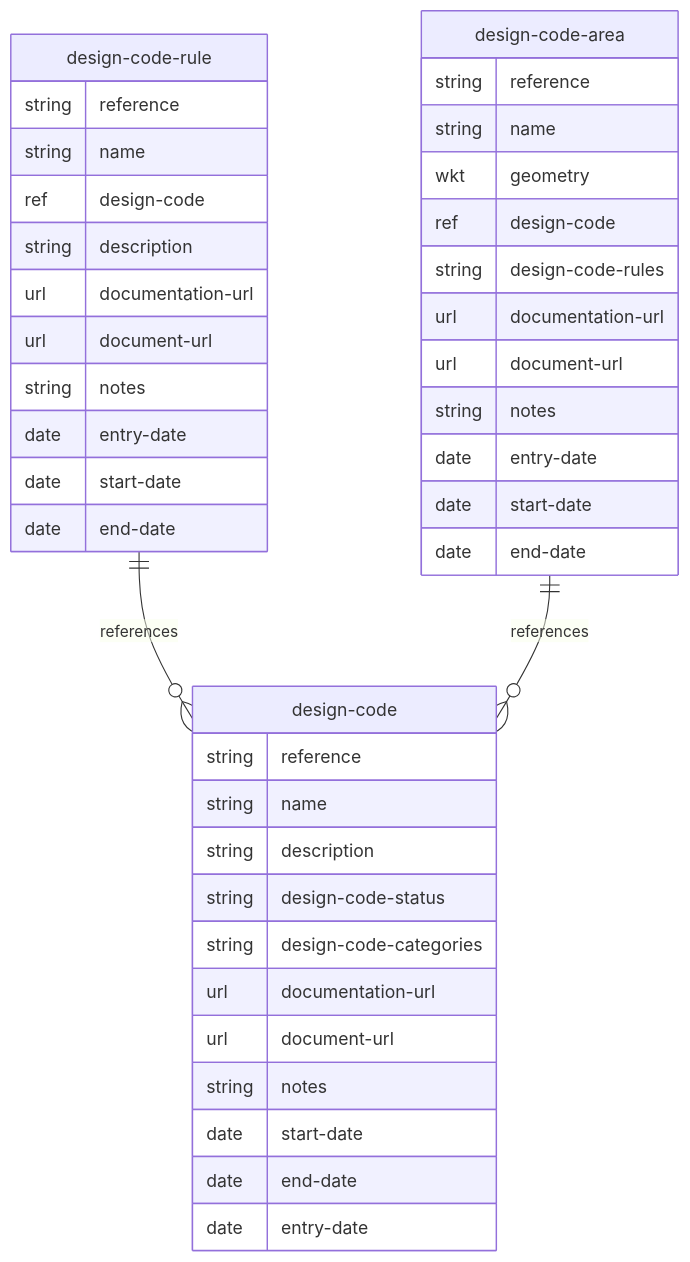
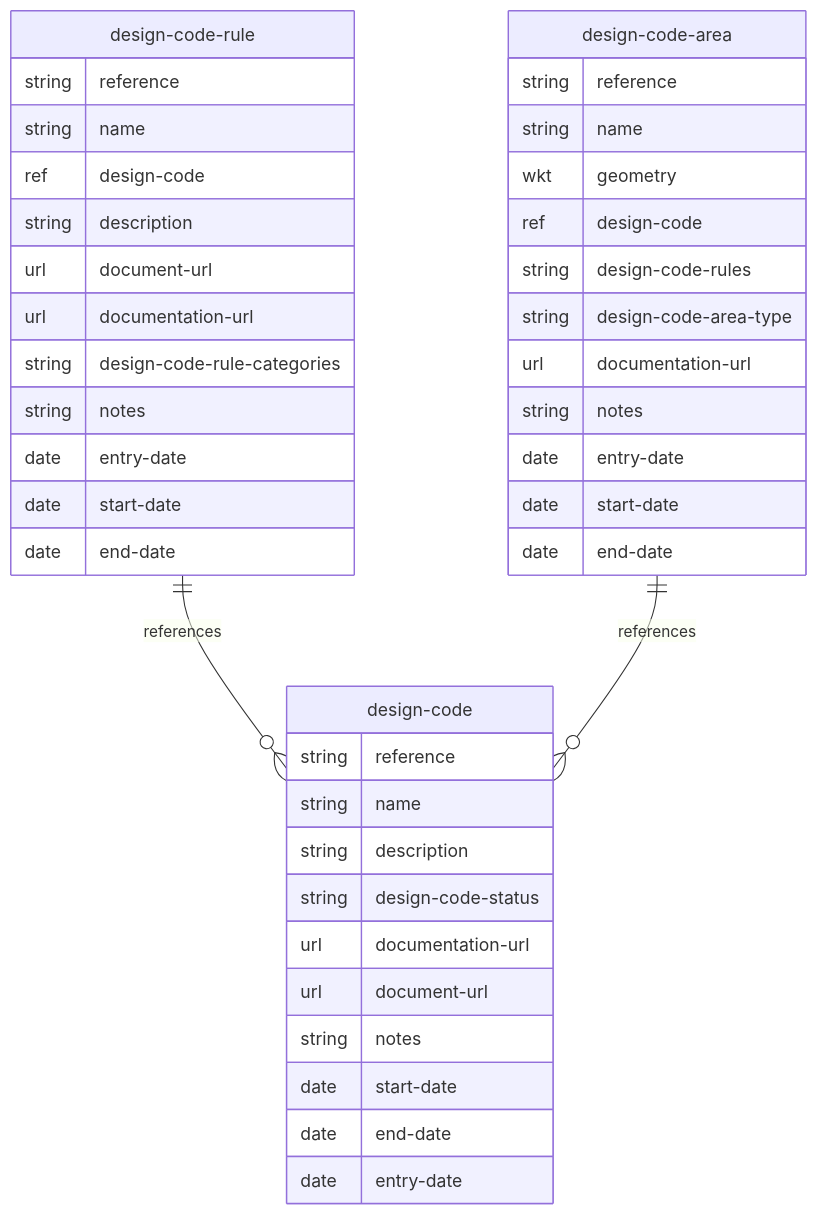
Before and after one commit to digital-land/specification: the diagram in mermaid/design-code.md, drawn with Mermaid. The commit also changed 7 other files, not shown here.

````diff
--- a/mermaid/design-code.md
+++ b/mermaid/design-code.md
@@ -4,43 +4,43 @@
 ```mermaid
 erDiagram
     design-code {
         string reference
         string name
         string description
         string design-code-status
-        string design-code-categories
         url documentation-url
         url document-url
         string notes
         date start-date
         date end-date
         date entry-date
     }
     design-code-rule {
         string reference
         string name
         ref design-code
         string description
+        url document-url
         url documentation-url
-        url document-url
+        string design-code-rule-categories
         string notes
         date entry-date
         date start-date
         date end-date
     }
     design-code-area {
         string reference
         string name
         wkt geometry
         ref design-code
         string design-code-rules
+        string design-code-area-type
         url documentation-url
-        url document-url
         string notes
         date entry-date
         date start-date
         date end-date
     }
     design-code-rule ||--o{ design-code : references
     design-code-area ||--o{ design-code : references
 ```
````
